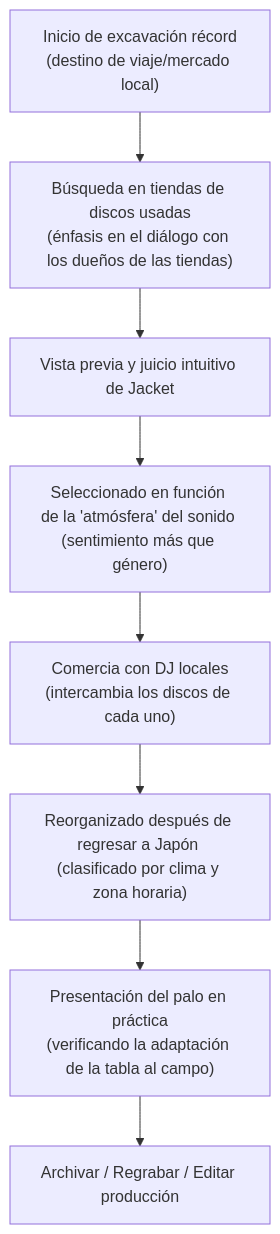
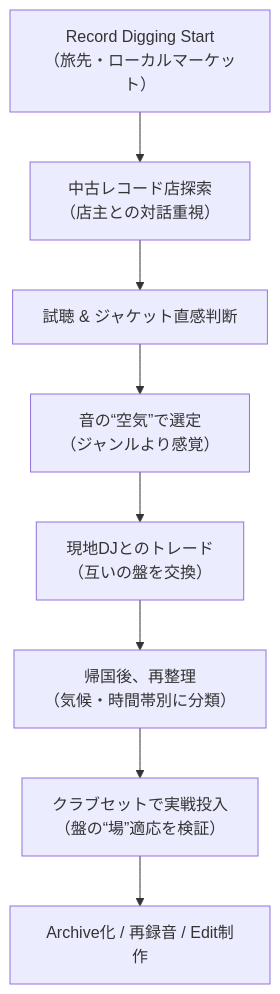
One commit to monumental-movement/monumental-movement.github.io changed the fourth of 5 diagrams in es/_posts/2025-10-27-column-harvey-vinyl.md. Above: the diagram before and after it, drawn with Mermaid. The commit also changed other lines of this file and 299 other files, not shown here.

```diff
--- a/es/_posts/2025-10-27-column-harvey-vinyl.md
+++ b/es/_posts/2025-10-27-column-harvey-vinyl.md
@@ -222,16 +222,16 @@
 <div class="mermaid">
 
 flowchart TD
-    A["Inicio de excavación récord<br>(destino de viaje/mercado local)"]
-    B["Búsqueda en tiendas de discos usadas<br>(énfasis en el diálogo con los dueños de las tiendas)"]
-    C["Vista previa y juicio intuitivo de Jacket"]
-    D["Seleccionado en función de la 'atmósfera' del sonido (sentimiento más que género)"]
-    E["Comercia con DJ locales<br>(intercambia los discos de cada uno)"]
-    F["Reorganizado después de regresar a Japón (clasificado por clima y zona horaria)"]
-    G["Presentación del palo en práctica<br>(verificando la adaptación de la tabla al campo)"]
-    H["Archivar / Regrabar / Editar producción"]
+    A["Record Digging Start<br>（旅先・ローカルマーケット）"]
+    B["中古レコード店探索<br>（店主との対話重視）"]
+    C["試聴 & ジャケット直感判断"]
+    D["音の“空気”で選定<br>（ジャンルより感覚）"]
+    E["現地DJとのトレード<br>（互いの盤を交換）"]
+    F["帰国後、再整理<br>（気候・時間帯別に分類）"]
+    G["クラブセットで実戦投入<br>（盤の“場”適応を検証）"]
+    H["Archive化 / 再録音 / Edit制作"]
 
     A --> B --> C --> D --> E --> F --> G --> H
 
 
 </div>
```
